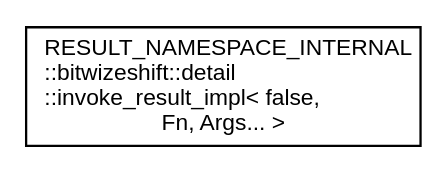
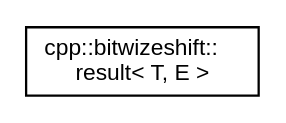
The diagram in api/latest/inherit_graph_6.dot (bitwizeshift/result), drawn with Graphviz before and after one commit. The commit also changed 309 other files, not shown here.

```diff
--- a/api/latest/inherit_graph_6.dot
+++ b/api/latest/inherit_graph_6.dot
@@ -1,7 +1,7 @@
 digraph "Graphical Class Hierarchy"
 {
   edge [fontname="Helvetica",fontsize="10",labelfontname="Helvetica",labelfontsize="10"];
   node [fontname="Helvetica",fontsize="10",shape=record];
   rankdir="LR";
-  Node0 [label="RESULT_NAMESPACE_INTERNAL\l::bitwizeshift::detail\l::invoke_result_impl\< false,\l Fn, Args... \>",height=0.2,width=0.4,color="black", fillcolor="white", style="filled",URL="$da/d0d/struct_r_e_s_u_l_t___n_a_m_e_s_p_a_c_e___i_n_t_e_r_n_a_l_1_1bitwizeshift_1_1detail_1_1invoke__re83c8b20453a7bafc8e529ff4293b2086.html"];
+  Node0 [label="cpp::bitwizeshift::\lresult\< T, E \>",height=0.2,width=0.4,color="black", fillcolor="white", style="filled",URL="$db/d9a/classcpp_1_1bitwizeshift_1_1result.html",tooltip="The class template result manages result results from APIs, while encoding possible failure condition..."];
 }
```
